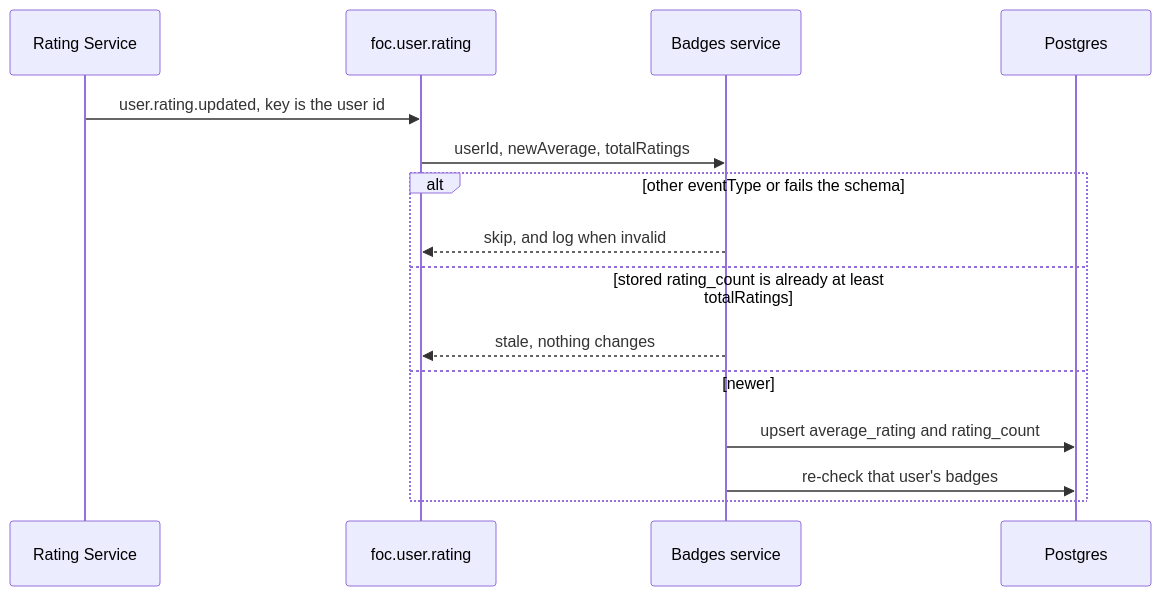
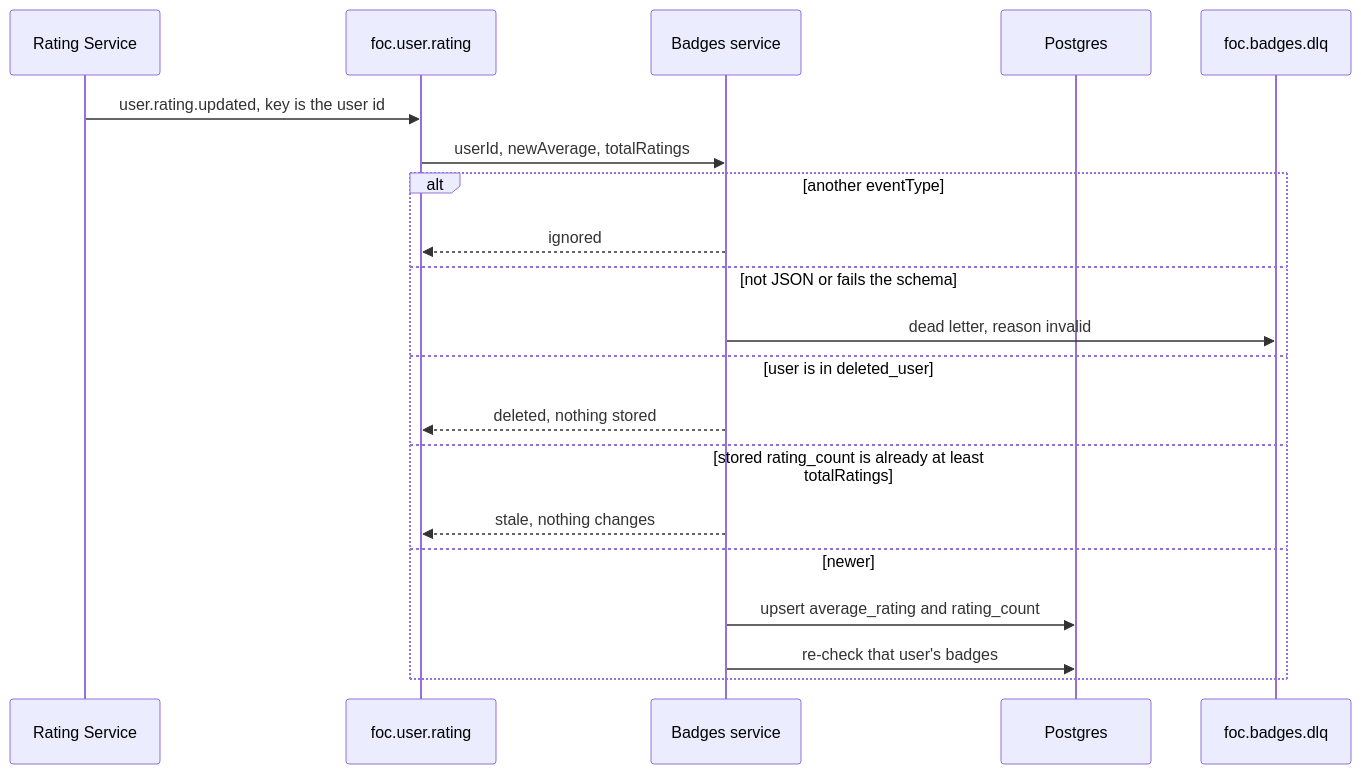
The diagram in badges-service/docs/seq-rating-event.mmd (CS3219-AY2627S1/FoC-Template), drawn with Mermaid before and after one commit. The commit also changed 13 other files, not shown here.

```diff
--- a/badges-service/docs/seq-rating-event.mmd
+++ b/badges-service/docs/seq-rating-event.mmd
@@ -1,16 +1,21 @@
 sequenceDiagram
     participant Rating as Rating Service
     participant Kafka as foc.user.rating
     participant Badges as Badges service
     participant DB as Postgres
+    participant DLQ as foc.badges.dlq
 
     Rating->>Kafka: user.rating.updated, key is the user id
     Kafka->>Badges: userId, newAverage, totalRatings
-    alt other eventType or fails the schema
-        Badges-->>Kafka: skip, and log when invalid
+    alt another eventType
+        Badges-->>Kafka: ignored
+    else not JSON or fails the schema
+        Badges->>DLQ: dead letter, reason invalid
+    else user is in deleted_user
+        Badges-->>Kafka: deleted, nothing stored
     else stored rating_count is already at least totalRatings
         Badges-->>Kafka: stale, nothing changes
     else newer
         Badges->>DB: upsert average_rating and rating_count
         Badges->>DB: re-check that user's badges
     end
```
